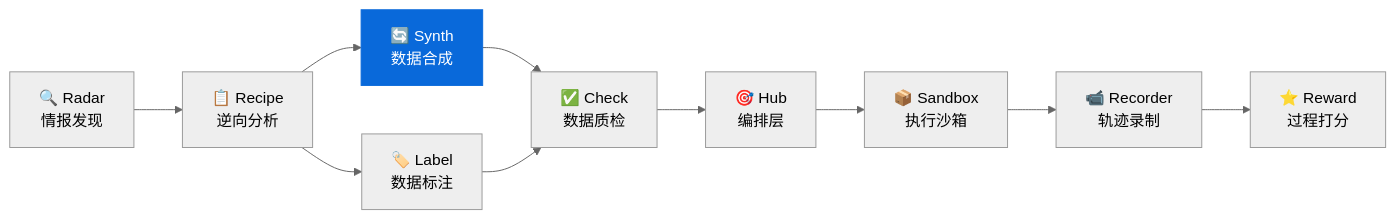
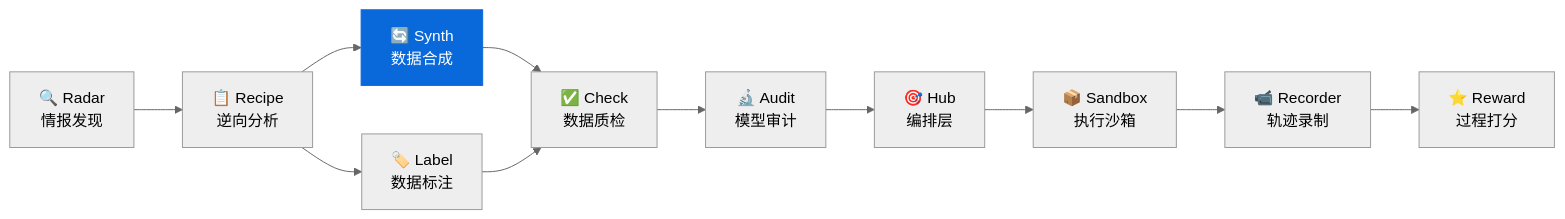
One commit to liuxiaotong/data-synth changed the first of 2 diagrams in README.md. Above: the diagram before and after it, drawn with Mermaid (neutral theme). The commit also changed other lines of this file, not shown here.

Commit message:
生态表格加入 ModelAudit (9→10)

````diff
--- a/README.md
+++ b/README.md
@@ -264,13 +264,14 @@
 ```mermaid
 graph LR
     Radar["🔍 Radar<br/>情报发现"] --> Recipe["📋 Recipe<br/>逆向分析"]
     Recipe --> Synth["🔄 Synth<br/>数据合成"]
     Recipe --> Label["🏷️ Label<br/>数据标注"]
     Synth --> Check["✅ Check<br/>数据质检"]
     Label --> Check
-    Check --> Hub["🎯 Hub<br/>编排层"]
+    Check --> Audit["🔬 Audit<br/>模型审计"]
+    Audit --> Hub["🎯 Hub<br/>编排层"]
     Hub --> Sandbox["📦 Sandbox<br/>执行沙箱"]
     Sandbox --> Recorder["📹 Recorder<br/>轨迹录制"]
     Recorder --> Reward["⭐ Reward<br/>过程打分"]
     style Synth fill:#0969da,color:#fff,stroke:#0969da
 ```
````
